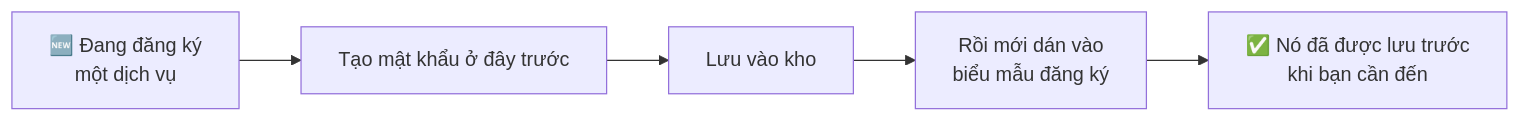
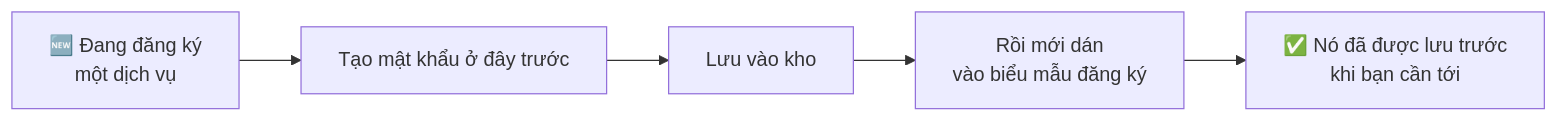
The second of 2 diagrams in i18n/vi/docusaurus-plugin-content-docs/current/guide-generator.md (TuPhung369/passwordepic-website), drawn with Mermaid before and after one commit. The commit also changed other lines of this file and 63 other files, not shown here.

````diff
--- a/i18n/vi/docusaurus-plugin-content-docs/current/guide-generator.md
+++ b/i18n/vi/docusaurus-plugin-content-docs/current/guide-generator.md
@@ -86,7 +125,7 @@
 ```mermaid
 flowchart LR
   A["🆕 Đang đăng ký<br/>một dịch vụ"] --> B["Tạo mật khẩu ở đây trước"]
   B --> C["Lưu vào kho"]
-  C --> D["Rồi mới dán vào<br/>biểu mẫu đăng ký"]
-  D --> E["✅ Nó đã được lưu trước<br/>khi bạn cần đến"]
+  C --> D["Rồi mới dán<br/>vào biểu mẫu đăng ký"]
+  D --> E["✅ Nó đã được lưu trước<br/>khi bạn cần tới"]
 ```
````
